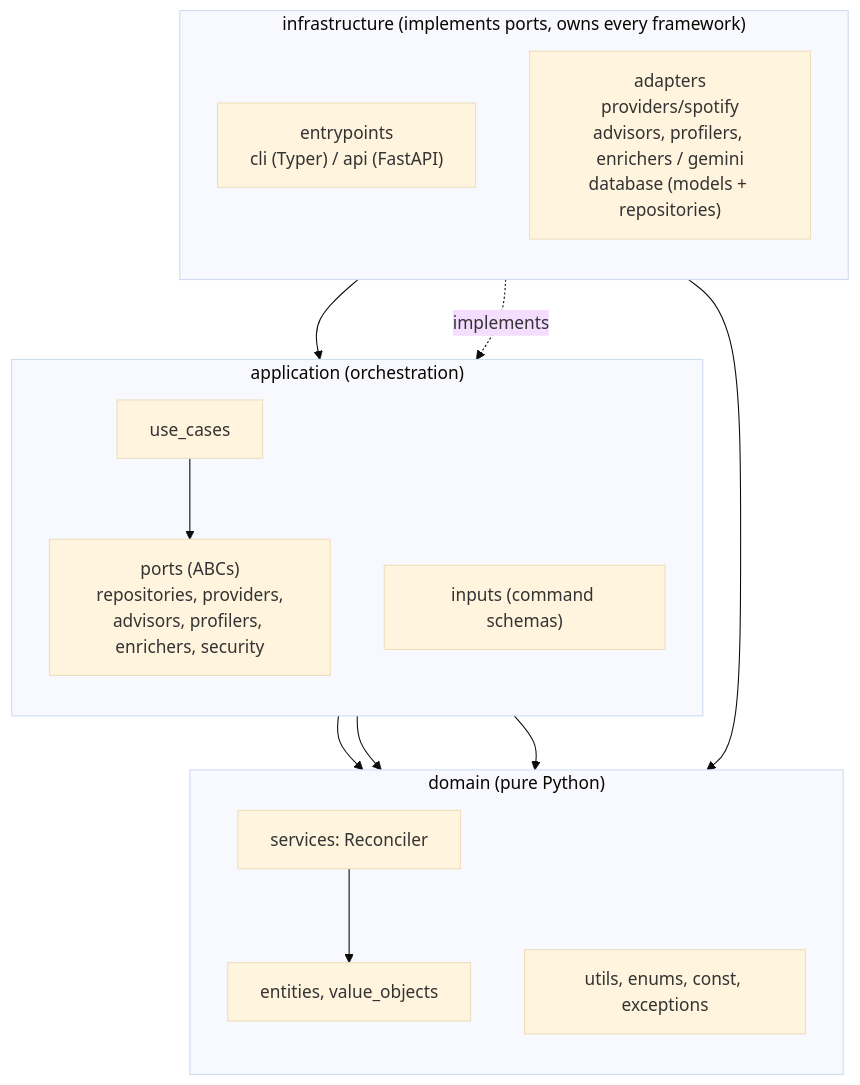
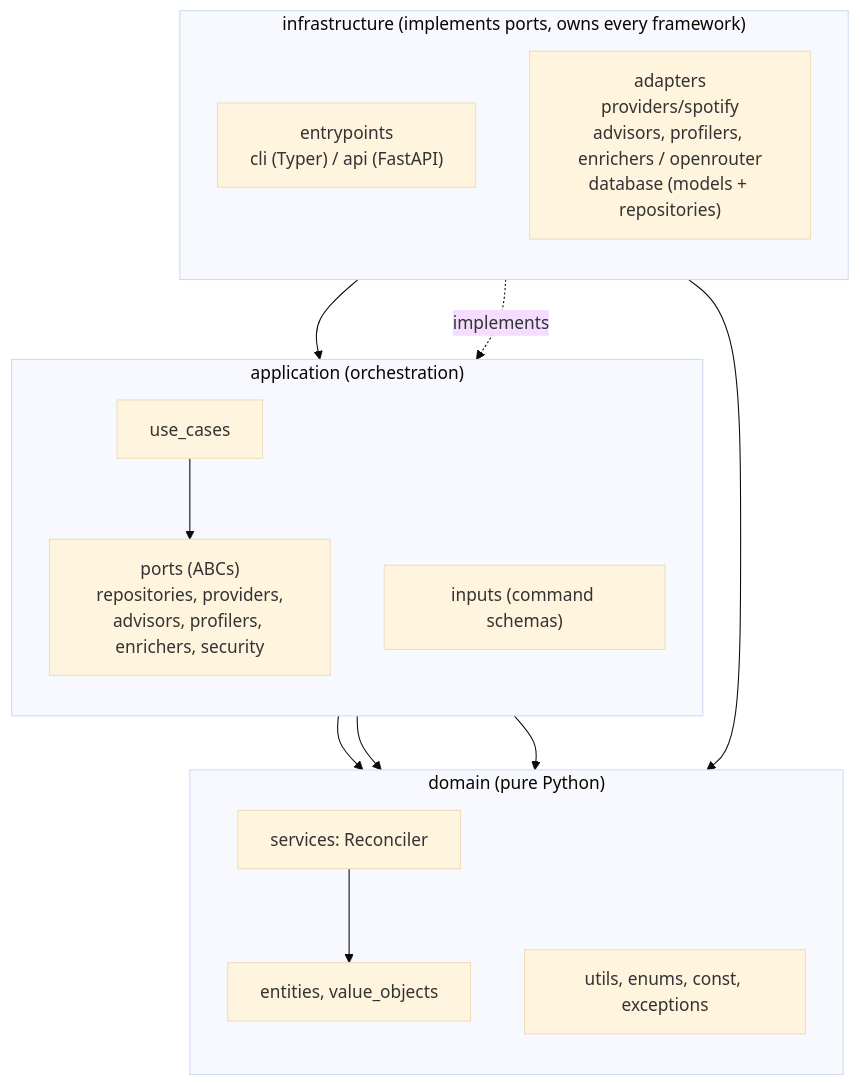
The first of 2 diagrams in docs/technical/architecture.md (ychab/museflow), drawn with Mermaid (base theme) before and after one commit. The commit also changed other lines of this file and 18 other files, not shown here.

````diff
--- a/docs/technical/architecture.md
+++ b/docs/technical/architecture.md
@@ -7,28 +7,28 @@
 ```mermaid
 flowchart TB
     subgraph INFRA["infrastructure (implements ports, owns every framework)"]
         direction TB
         EP["entrypoints<br/>cli (Typer) / api (FastAPI)"]
-        AD["adapters<br/>providers/spotify<br/>advisors, profilers, enrichers / gemini<br/>database (models + repositories)"]
+        AD["adapters<br/>providers/spotify<br/>advisors, profilers, enrichers / openrouter<br/>database (models + repositories)"]
     end
     subgraph APP["application (orchestration)"]
         direction TB
         UC["use_cases"]
         PORTS["ports (ABCs)<br/>repositories, providers,<br/>advisors, profilers, enrichers, security"]
         INP["inputs (command schemas)"]
     end
     subgraph DOM["domain (pure Python)"]
         direction TB
         ENT["entities, value_objects"]
         SVC["services: Reconciler"]
         UTL["utils, enums, const, exceptions"]
     end
     EP --> UC
     UC --> PORTS
     UC --> ENT
     UC --> SVC
     AD -.implements.-> PORTS
     AD --> ENT
     PORTS --> ENT
     SVC --> ENT
 ```
````
